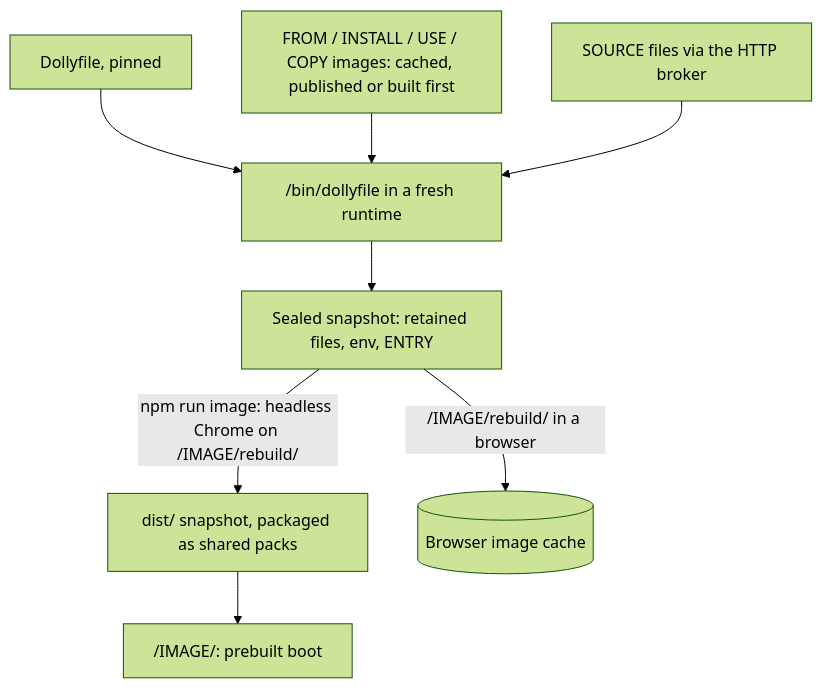
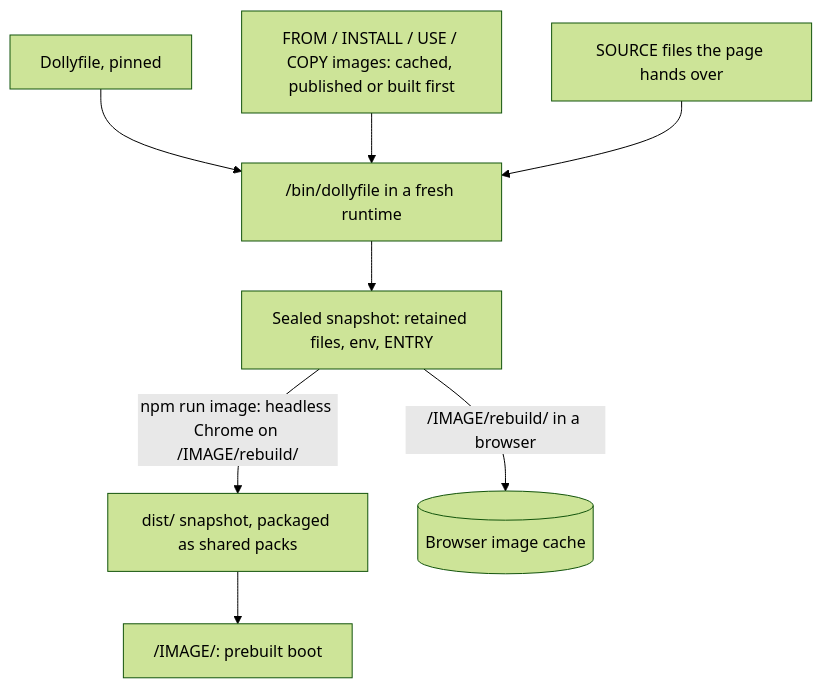
One commit to daugasauron/dolly changed the diagram in docs/dollyfile.md. Above: the diagram before and after it, drawn with Mermaid (forest theme). The commit also changed other lines of this file and 371 other files, not shown here.

````diff
--- a/docs/dollyfile.md
+++ b/docs/dollyfile.md
@@ -399,10 +399,10 @@
 ```mermaid
 flowchart TD
   recipe["Dollyfile, pinned"] --> exec
   bases["FROM / INSTALL / USE / COPY images: cached, published or built first"] --> exec
-  inputs["SOURCE files via the HTTP broker"] --> exec
+  inputs["SOURCE files the page hands over"] --> exec
   exec["/bin/dollyfile in a fresh runtime"] --> snap["Sealed snapshot: retained files, env, ENTRY"]
   snap -- "npm run image: headless Chrome on /IMAGE/rebuild/" --> packs["dist/ snapshot, packaged as shared packs"]
   snap -- "/IMAGE/rebuild/ in a browser" --> cache[("Browser image cache")]
   packs --> boot["/IMAGE/: prebuilt boot"]
 ```
````
